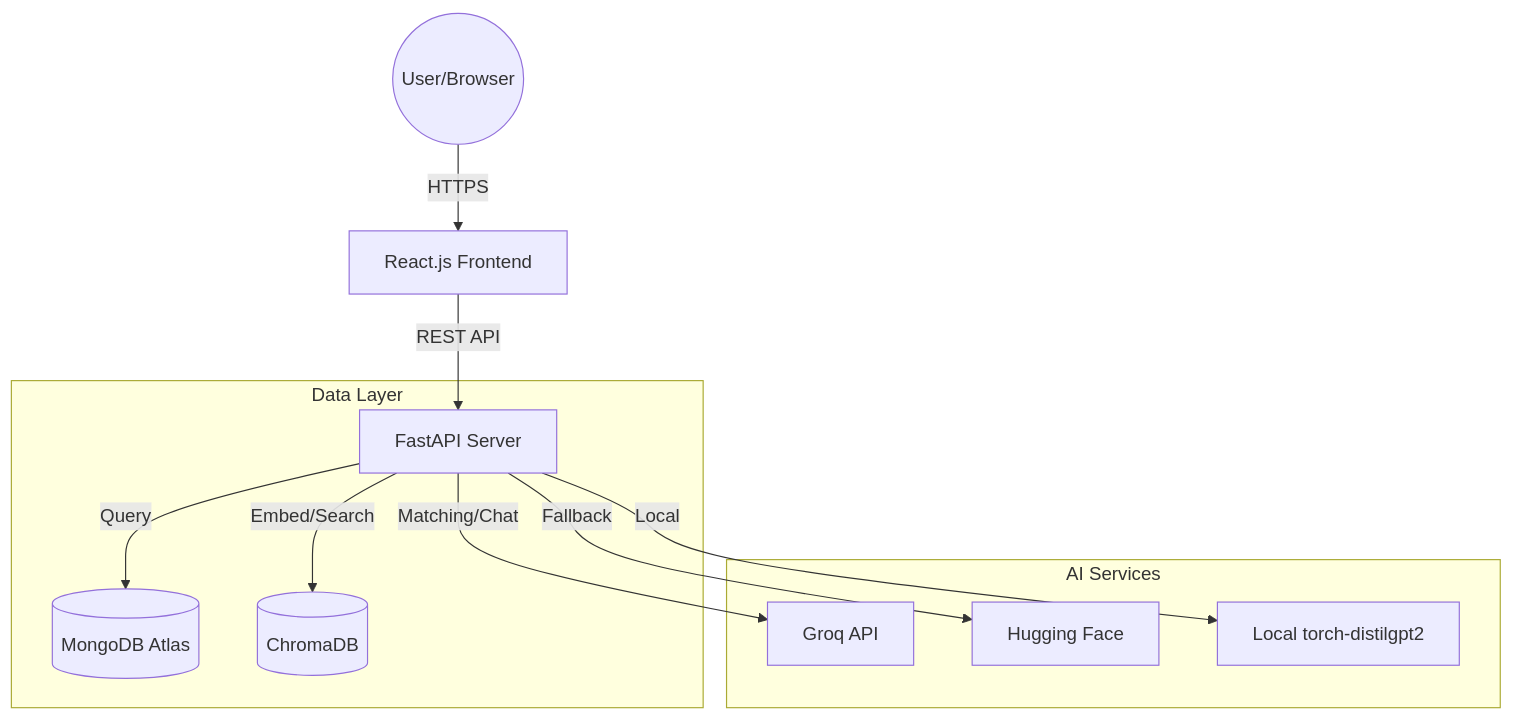
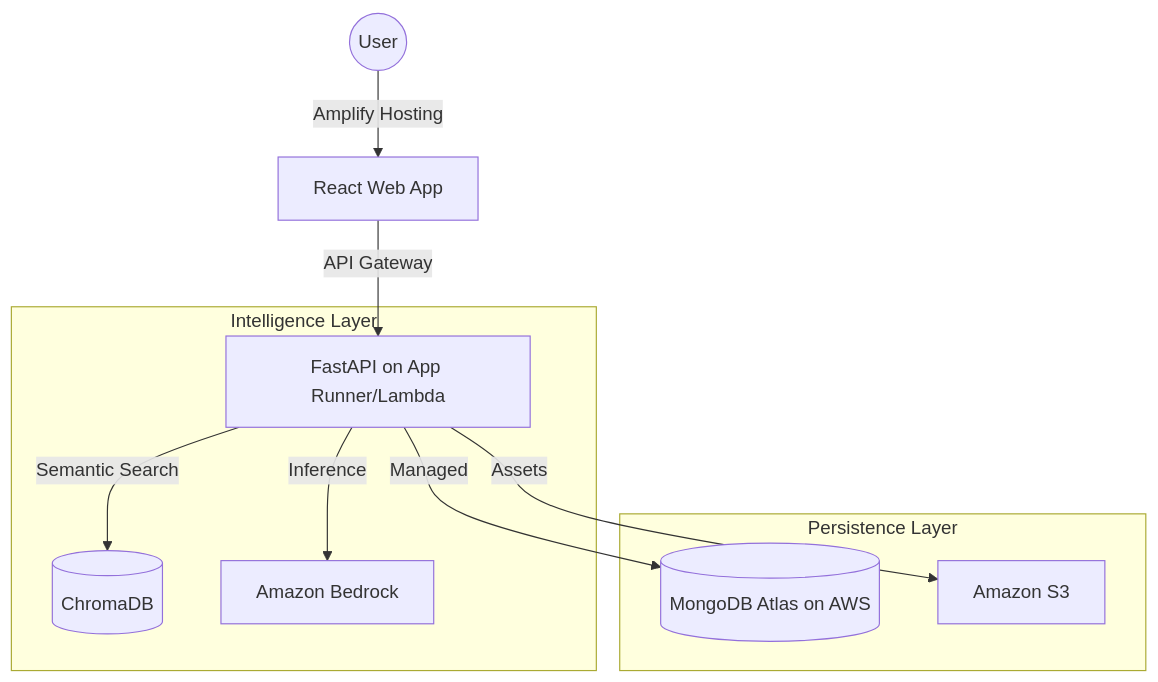
Before and after one commit to NivedhN160/Jarvis-Runtime: the second of 2 diagrams in DESIGN.md, drawn with Mermaid. The commit also changed other lines of this file and 2 other files, not shown here.

````diff
--- a/DESIGN.md
+++ b/DESIGN.md
@@ -6,16 +28,15 @@
 ```mermaid
 graph TD
-    User((User/Browser)) -->|HTTPS| Frontend[React.js Frontend]
-    Frontend -->|REST API| Backend[FastAPI Server]
+    User((User)) -->|Amplify Hosting| Frontend[React Web App]
+    Frontend -->|API Gateway| Backend[FastAPI on App Runner/Lambda]
     
-    subgraph "Data Layer"
-        Backend -->|Query| MongoDB[(MongoDB Atlas)]
-        Backend -->|Embed/Search| VectorDB[(ChromaDB)]
+    subgraph "Intelligence Layer"
+        Backend -->|Semantic Search| ChromaDB[(ChromaDB)]
+        Backend -->|Inference| Bedrock[Amazon Bedrock]
     end
     
-    subgraph "AI Services"
-        Backend -->|Matching/Chat| Groq[Groq API]
-        Backend -->|Fallback| HF[Hugging Face]
-        Backend -->|Local| Torch[Local torch-distilgpt2]
+    subgraph "Persistence Layer"
+        Backend -->|Managed| MongoDB[(MongoDB Atlas on AWS)]
+        Backend -->|Assets| S3[Amazon S3]
     end
 ```
````
